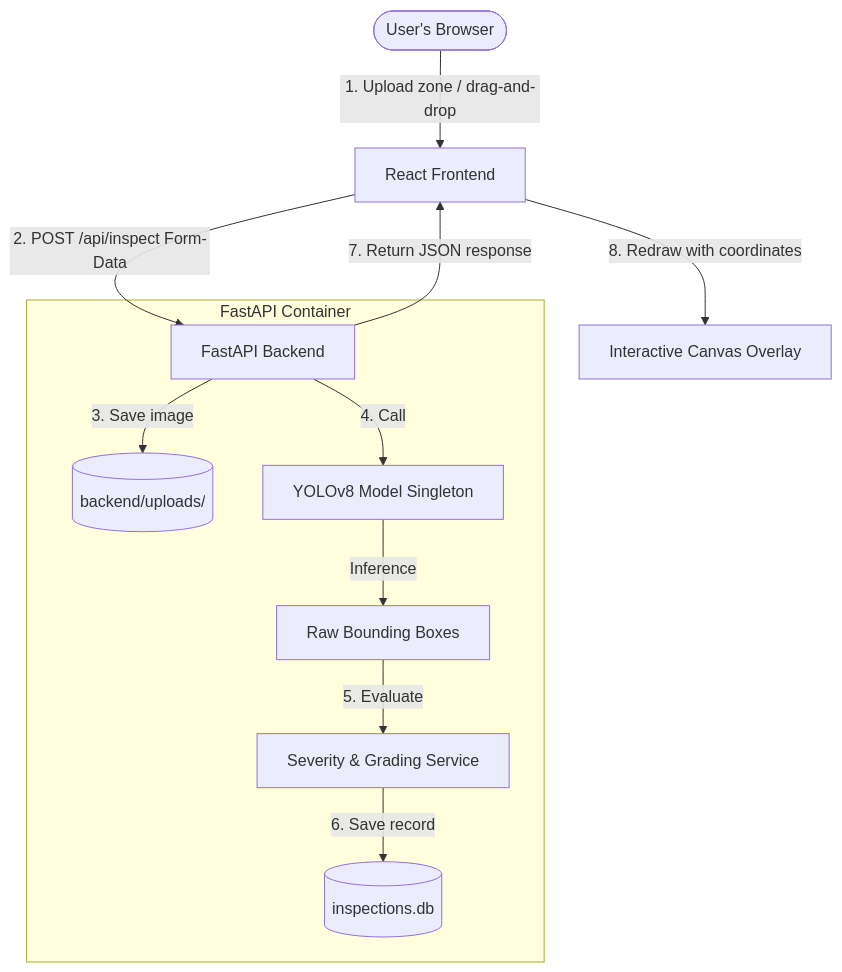
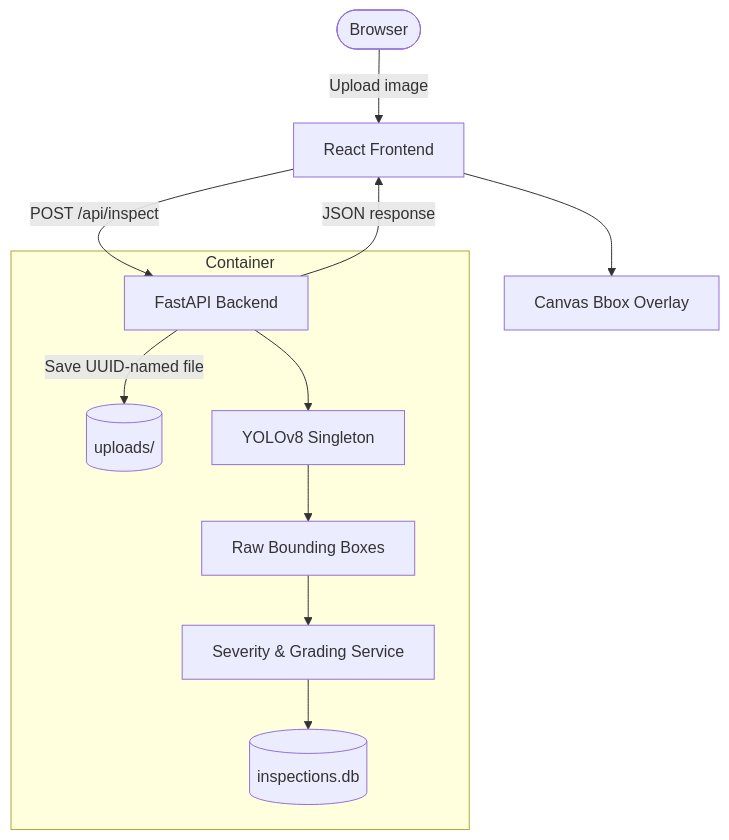
Before and after one commit to amoiz69/PCB-Fault-Detection: the diagram in README.md, drawn with Mermaid. The commit also changed other lines of this file, not shown here.

````diff
--- a/README.md
+++ b/README.md
@@ -54,16 +52,16 @@
 ```mermaid
 graph TD
-    User([User's Browser]) -->|1. Upload zone / drag-and-drop| React[React Frontend]
-    React -->|2. POST /api/inspect Form-Data| FastAPI[FastAPI Backend]
-    
-    subgraph FastAPI Container
-        FastAPI -->|3. Save image| Uploads[(backend/uploads/)]
-        FastAPI -->|4. Call| Model[YOLOv8 Model Singleton]
-        Model -->|Inference| Detections[Raw Bounding Boxes]
-        Detections -->|5. Evaluate| Severity[Severity & Grading Service]
-        Severity -->|6. Save record| SQLite[(inspections.db)]
+    User([Browser]) -->|Upload image| React[React Frontend]
+    React -->|POST /api/inspect| FastAPI[FastAPI Backend]
+
+    subgraph Container
+        FastAPI -->|Save UUID-named file| Uploads[(uploads/)]
+        FastAPI --> Model[YOLOv8 Singleton]
+        Model --> Detections[Raw Bounding Boxes]
+        Detections --> Severity[Severity & Grading Service]
+        Severity --> SQLite[(inspections.db)]
     end
-    
-    FastAPI -->|7. Return JSON response| React
-    React -->|8. Redraw with coordinates| Canvas[Interactive Canvas Overlay]
+
+    FastAPI -->|JSON response| React
+    React --> Canvas[Canvas Bbox Overlay]
 ```
````
